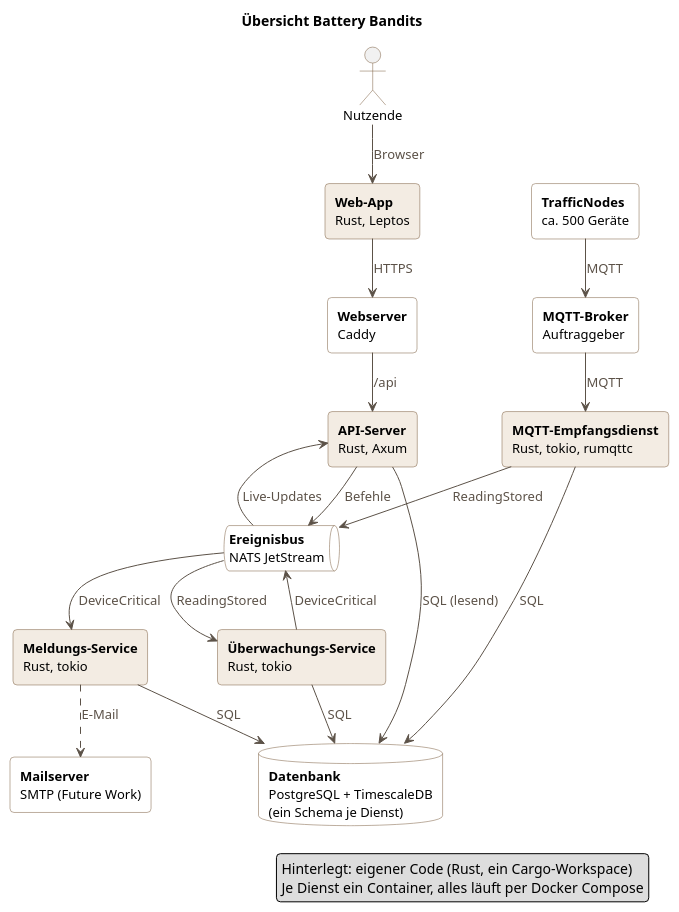
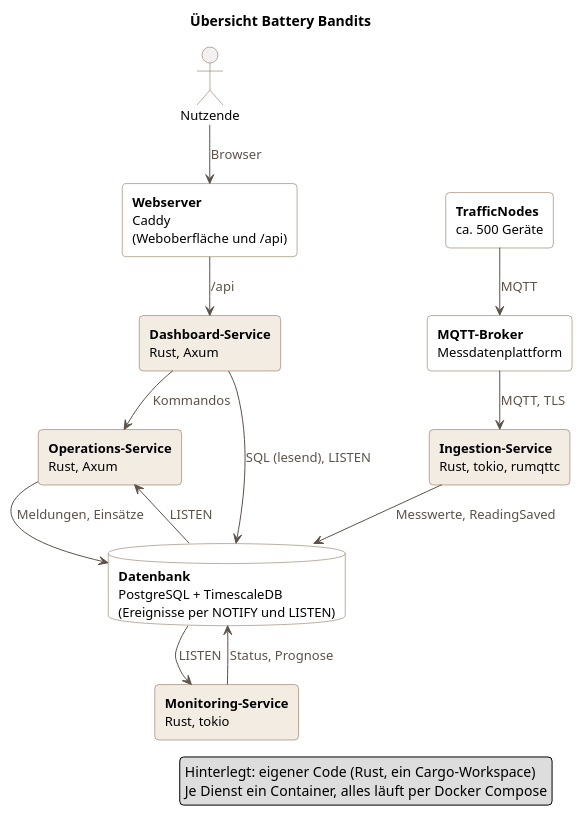
Before and after one commit to Noah9935/Battery-Bandits: the diagram in docs/diagrams/architecture/uebersicht.puml, drawn with PlantUML. The commit also changed 29 other files, not shown here.

```diff
--- a/docs/diagrams/architecture/uebersicht.puml
+++ b/docs/diagrams/architecture/uebersicht.puml
@@ -1,107 +1,84 @@
 @startuml uebersicht
 skinparam shadowing false
 skinparam roundCorner 8
 skinparam defaultFontSize 13
 skinparam ArrowColor #5C5248
 skinparam ArrowFontColor #5C5248
 skinparam rectangle {
-  BackgroundColor #FFFFFF
-  BorderColor #7A5C3E
-}
-skinparam queue {
   BackgroundColor #FFFFFF
   BorderColor #7A5C3E
 }
 skinparam database {
   BackgroundColor #FFFFFF
   BorderColor #7A5C3E
 }
 skinparam actor {
   BorderColor #7A5C3E
 }
 skinparam nodesep 40
 skinparam ranksep 40
 
 title Übersicht Battery Bandits
 
 actor "Nutzende" as user
 
-rectangle web #F3ECE3 [
-**Web-App**
-Rust, Leptos
-]
-
 rectangle caddy [
 **Webserver**
 Caddy
+(Weboberfläche und /api)
 ]
 
-rectangle api #F3ECE3 [
-**API-Server**
+rectangle dashboard #F3ECE3 [
+**Dashboard-Service**
 Rust, Axum
 ]
 
-rectangle ingest #F3ECE3 [
-**MQTT-Empfangsdienst**
+rectangle ingestion #F3ECE3 [
+**Ingestion-Service**
 Rust, tokio, rumqttc
 ]
 
-rectangle monitor #F3ECE3 [
-**Überwachungs-Service**
+rectangle monitoring #F3ECE3 [
+**Monitoring-Service**
 Rust, tokio
 ]
 
-rectangle incidents #F3ECE3 [
-**Meldungs-Service**
-Rust, tokio
-]
-
-queue bus [
-**Ereignisbus**
-NATS JetStream
+rectangle operations #F3ECE3 [
+**Operations-Service**
+Rust, Axum
 ]
 
 database db [
 **Datenbank**
 PostgreSQL + TimescaleDB
-(ein Schema je Dienst)
+(Ereignisse per NOTIFY und LISTEN)
 ]
 
 rectangle broker [
 **MQTT-Broker**
-Auftraggeber
+Messdatenplattform
 ]
 
 rectangle tn [
 **TrafficNodes**
 ca. 500 Geräte
 ]
 
-rectangle smtp [
-**Mailserver**
-SMTP (Future Work)
-]
-
-user --> web : Browser
-web --> caddy : HTTPS
-caddy --> api : /api
+user --> caddy : Browser
+caddy --> dashboard : /api
 
 tn --> broker : MQTT
-broker --> ingest : MQTT
-ingest --> db : SQL
-ingest --> bus : ReadingStored
-bus --> monitor : ReadingStored
-monitor --> db : SQL
-monitor --> bus : DeviceCritical
-bus --> incidents : DeviceCritical
-incidents --> db : SQL
-incidents ..> smtp : E-Mail
-api --> db : SQL (lesend)
-bus --> api : Live-Updates
-api --> bus : Befehle
+broker --> ingestion : MQTT, TLS
+ingestion --> db : Messwerte, ReadingSaved
+db --> monitoring : LISTEN
+monitoring --> db : Status, Prognose
+db --> operations : LISTEN
+operations --> db : Meldungen, Einsätze
+dashboard --> db : SQL (lesend), LISTEN
+dashboard --> operations : Kommandos
 
 legend right
   Hinterlegt: eigener Code (Rust, ein Cargo-Workspace)
   Je Dienst ein Container, alles läuft per Docker Compose
 endlegend
 @enduml
```
